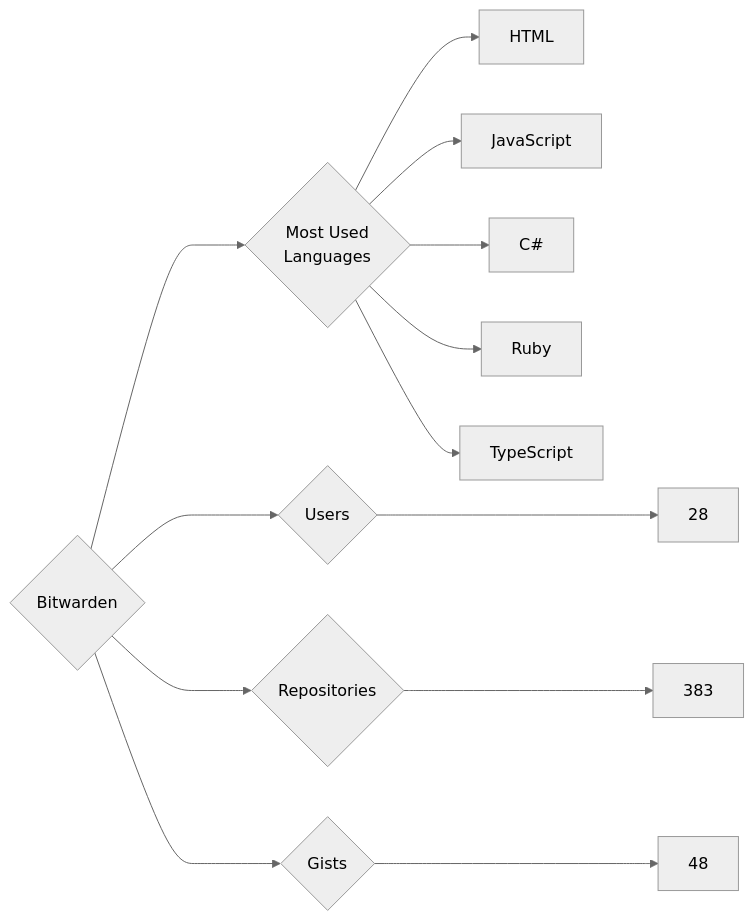
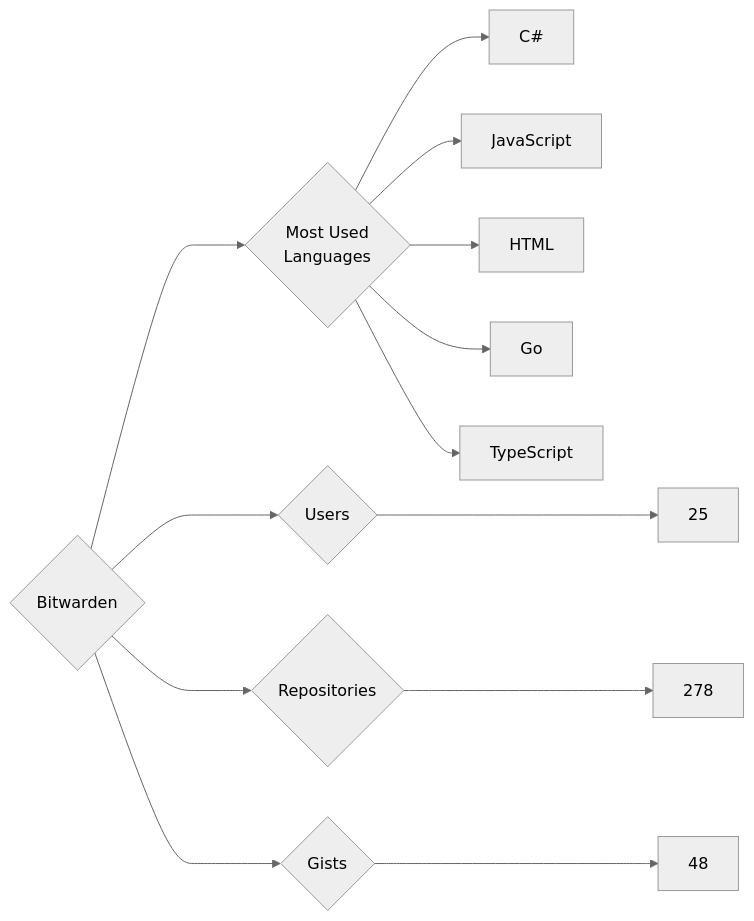
Before and after one commit to trickest/insiders: the diagram in targets/Bitwarden/README.md, drawn with Mermaid (neutral theme). The commit also changed 681 other files, not shown here.

````diff
--- a/targets/Bitwarden/README.md
+++ b/targets/Bitwarden/README.md
@@ -3,13 +3,13 @@
 ```mermaid
 graph LR
 COMPANY_NAME{Bitwarden}
-COMPANY_NAME ---> U{Users} ---> UN[28]
-COMPANY_NAME ---> R{Repositories} ---> RN[383]
+COMPANY_NAME ---> U{Users} ---> UN[25]
+COMPANY_NAME ---> R{Repositories} ---> RN[278]
 COMPANY_NAME ---> G{Gists} ---> GN[48]
 COMPANY_NAME ---> ML{Most Used<br>Languages}
+ML --> C#[C#]
+ML --> JavaScript[JavaScript]
 ML --> HTML[HTML]
-ML --> JavaScript[JavaScript]
-ML --> C#[C#]
-ML --> Ruby[Ruby]
+ML --> Go[Go]
 ML --> TypeScript[TypeScript]
 ```
````
